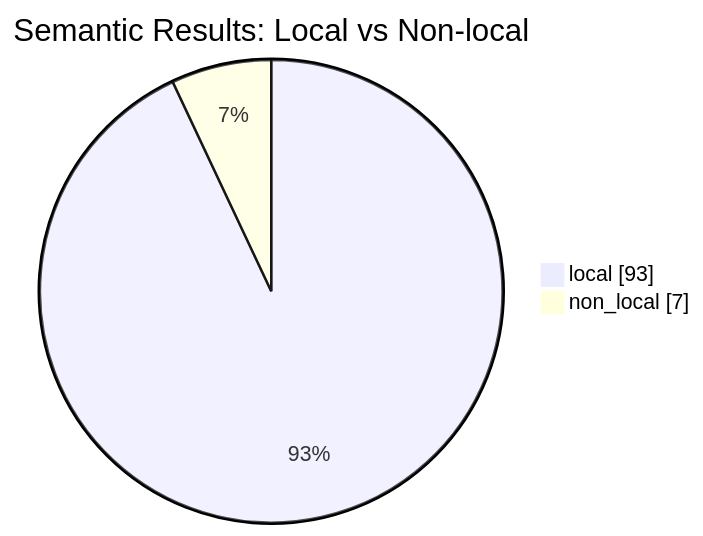
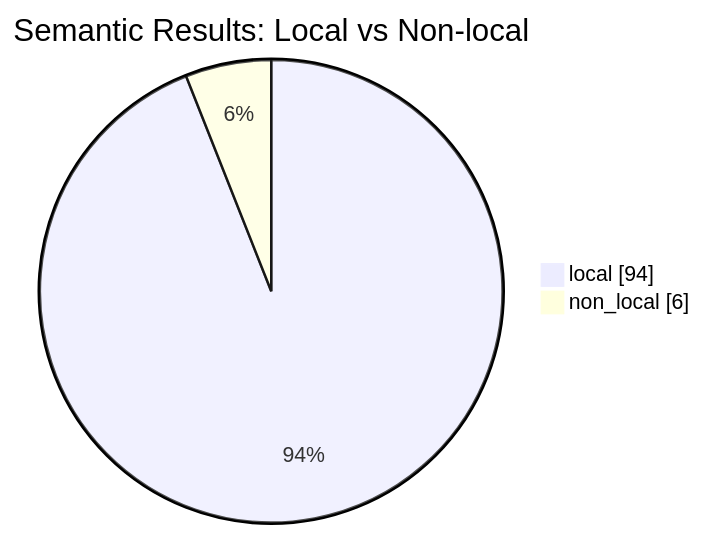
The seventh of 7 diagrams in .refactor/analysis/candidates/report.md (scl2bp/refactor_cli), drawn with Mermaid before and after one commit. The commit also changed other lines of this file and 5 other files, not shown here.

````diff
--- a/.refactor/analysis/candidates/report.md
+++ b/.refactor/analysis/candidates/report.md
@@ -450,6 +450,6 @@
 ```mermaid
 pie showData
   title Semantic Results: Local vs Non-local
-  "local" : 93
-  "non_local" : 7
+  "local" : 94
+  "non_local" : 6
 ```
````
